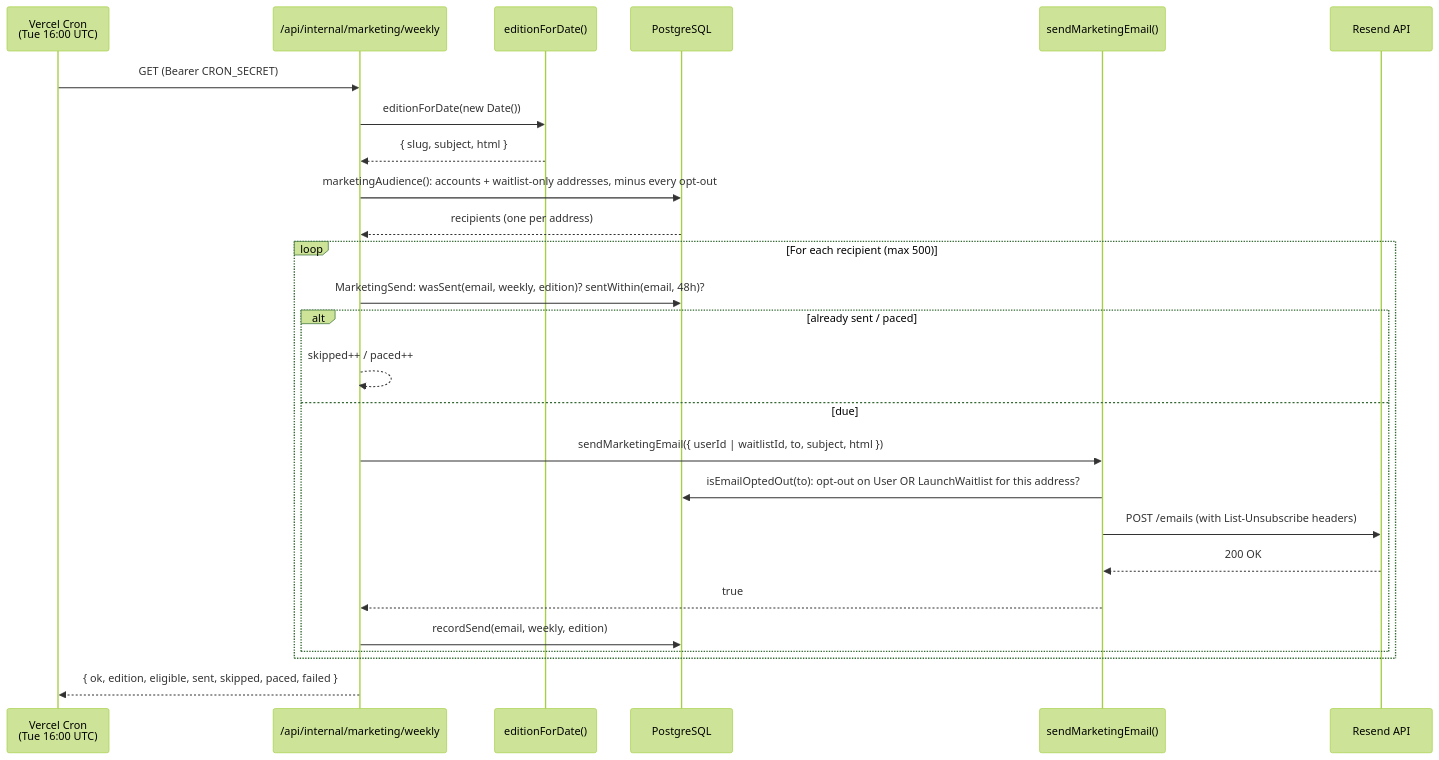
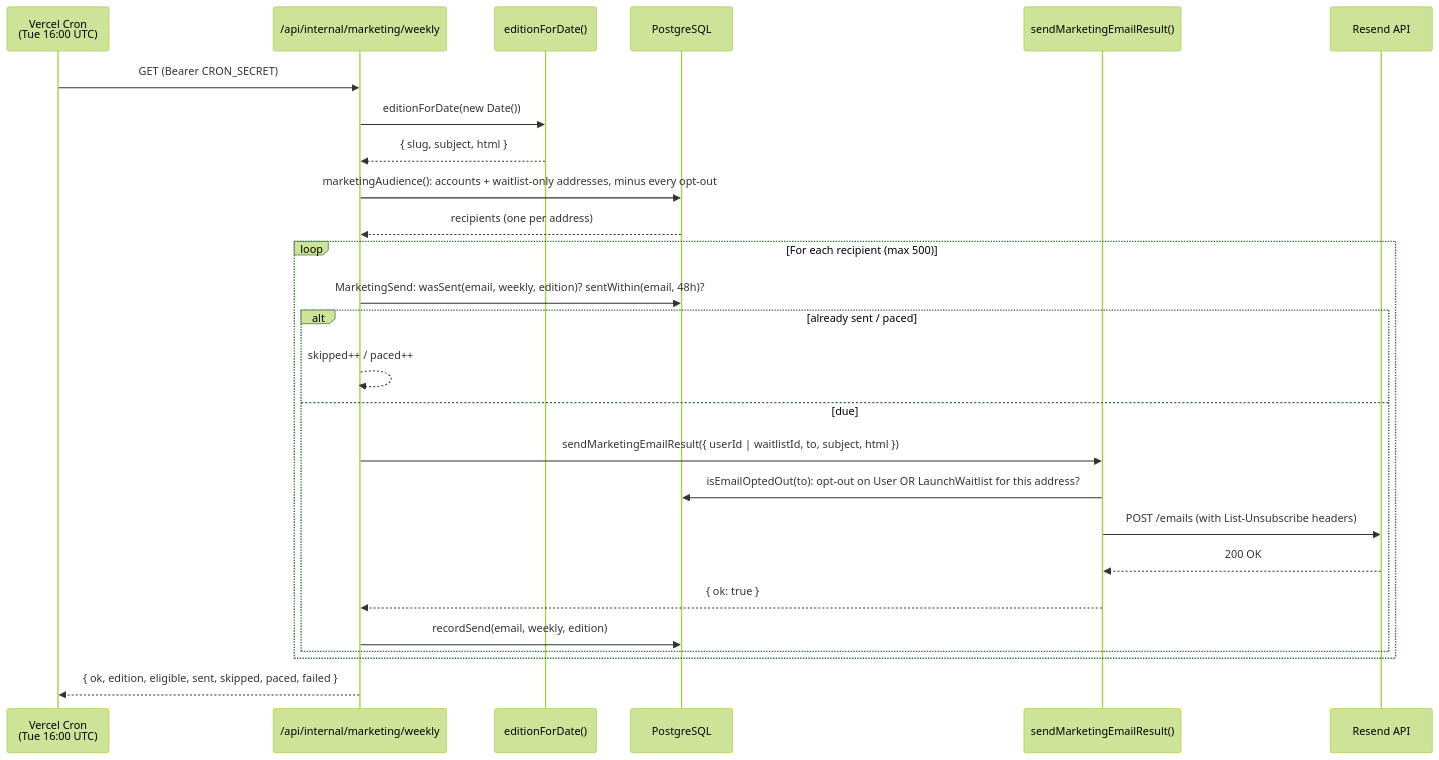
The diagram in docs/engineering/backend/marketing-emails.md (dgmolla/fitsy), drawn with Mermaid (forest theme) before and after one commit. The commit also changed other lines of this file and 10 other files, not shown here.

````diff
--- a/docs/engineering/backend/marketing-emails.md
+++ b/docs/engineering/backend/marketing-emails.md
@@ -15,29 +15,29 @@
 ```mermaid
 sequenceDiagram
     participant Vercel as Vercel Cron<br/>(Tue 16:00 UTC)
     participant Route as /api/internal/marketing/weekly
     participant EditionFn as editionForDate()
     participant DB as PostgreSQL
-    participant Send as sendMarketingEmail()
+    participant Send as sendMarketingEmailResult()
     participant Resend as Resend API
 
     Vercel->>Route: GET (Bearer CRON_SECRET)
     Route->>EditionFn: editionForDate(new Date())
     EditionFn-->>Route: { slug, subject, html }
     Route->>DB: marketingAudience(): accounts + waitlist-only addresses, minus every opt-out
     DB-->>Route: recipients (one per address)
     loop For each recipient (max 500)
         Route->>DB: MarketingSend: wasSent(email, weekly, edition)? sentWithin(email, 48h)?
         alt already sent / paced
             Route-->>Route: skipped++ / paced++
         else due
-            Route->>Send: sendMarketingEmail({ userId | waitlistId, to, subject, html })
+            Route->>Send: sendMarketingEmailResult({ userId | waitlistId, to, subject, html })
             Send->>DB: isEmailOptedOut(to): opt-out on User OR LaunchWaitlist for this address?
             Send->>Resend: POST /emails (with List-Unsubscribe headers)
             Resend-->>Send: 200 OK
-            Send-->>Route: true
+            Send-->>Route: { ok: true }
             Route->>DB: recordSend(email, weekly, edition)
         end
     end
     Route-->>Vercel: { ok, edition, eligible, sent, skipped, paced, failed }
 ```
````
